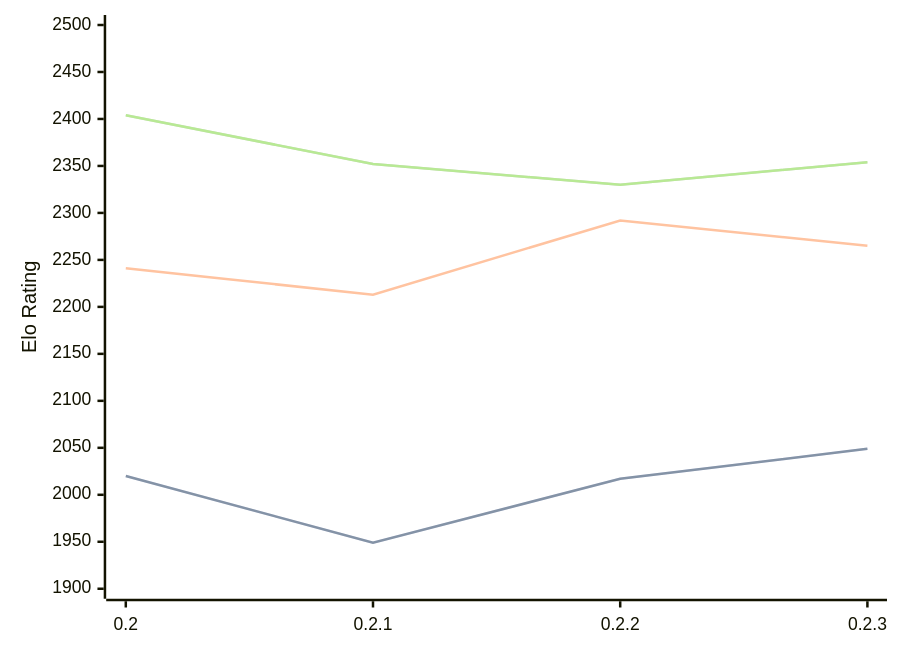
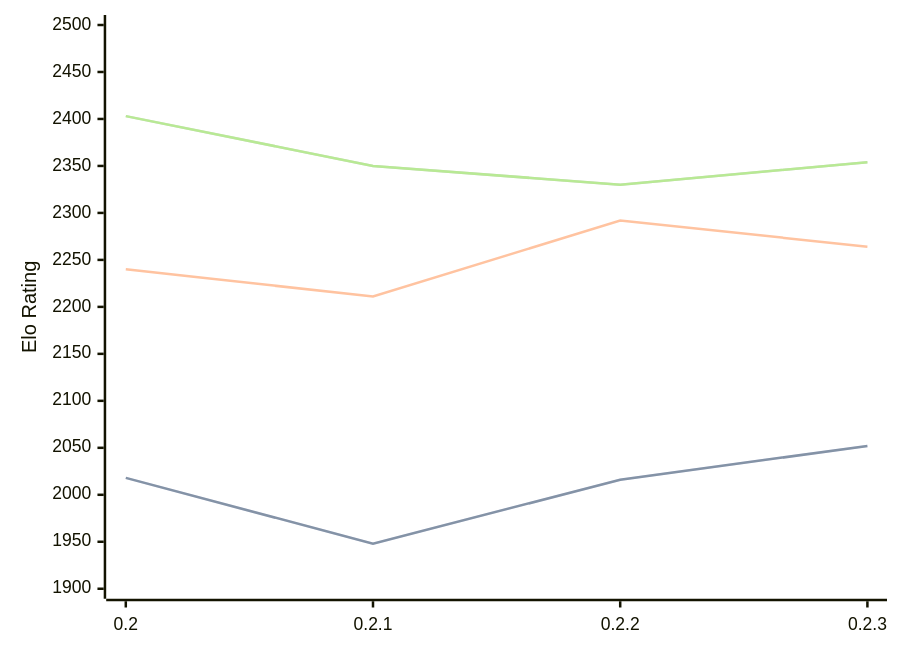
The diagram in engines/Lolbot.md (computer-chess-index/cci), drawn with Mermaid before and after one commit. The commit also changed other lines of this file, not shown here.

Commit message:
Update CCI Ratings (ELO VLTC) - 2026-04-06

````diff
--- a/engines/Lolbot.md
+++ b/engines/Lolbot.md
@@ -35,11 +35,11 @@
 ```mermaid
 %%{init: {"theme":"base","themeVariables":{"seriesColors:['#a3a3a3','#222221','#faa371']}}}%%
 xychart-beta
   x-axis ["0.2", "0.2.1", "0.2.2", "0.2.3"]
   y-axis "Elo Rating" 1900 --> 2500
-  line "STC (8.0+0.08s)" [2020, 1949, 2017, 2049]
-  line "STC (8.0+0.08s)" [2020, 1949, 2017, 2049]
-  line "LTC (60.0+0.60s)" [2241, 2213, 2292, 2265]
-  line "VLTC (2m24s+1.12s)" [2404, 2352, 2330, 2354]
-  line "VLTC (2m24s+1.12s)" [2404, 2352, 2330, 2354]
+  line "STC (8.0+0.08s)" [2018, 1948, 2016, 2052]
+  line "STC (8.0+0.08s)" [2018, 1948, 2016, 2052]
+  line "LTC (60.0+0.60s)" [2240, 2211, 2292, 2264]
+  line "VLTC (2m24s+1.12s)" [2403, 2350, 2330, 2354]
+  line "VLTC (2m24s+1.12s)" [2403, 2350, 2330, 2354]
 ```
````
